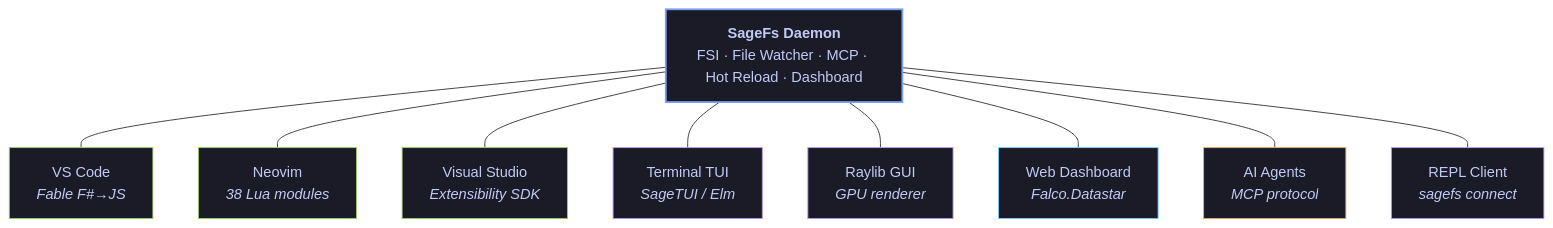
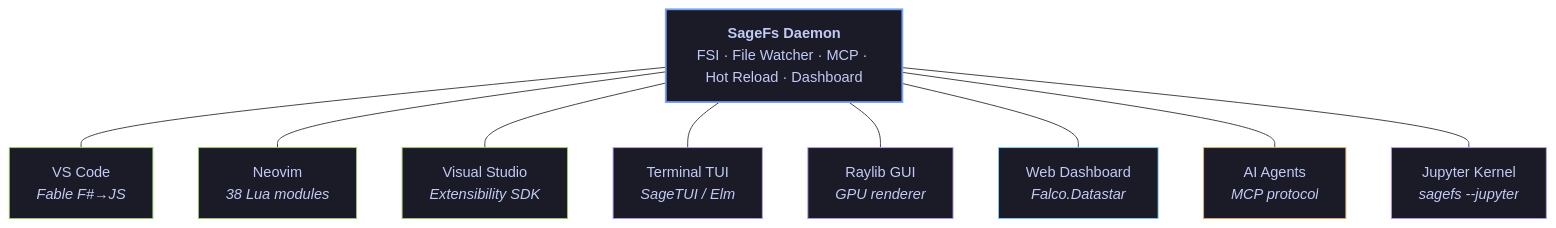
Before and after one commit to WillEhrendreich/SageFs: the first of 2 diagrams in Readme.md, drawn with Mermaid. The commit also changed other lines of this file and 12 other files, not shown here.

````diff
--- a/Readme.md
+++ b/Readme.md
@@ -160,23 +160,23 @@
 ```mermaid
 graph TB
     D["<b>SageFs Daemon</b><br/>FSI · File Watcher · MCP · Hot Reload · Dashboard"]
 
     D --- VS["VS Code<br/><i>Fable F#→JS</i>"]
     D --- NV["Neovim<br/><i>38 Lua modules</i>"]
     D --- VI["Visual Studio<br/><i>Extensibility SDK</i>"]
     D --- TU["Terminal TUI<br/><i>SageTUI / Elm</i>"]
     D --- GU["Raylib GUI<br/><i>GPU renderer</i>"]
     D --- WB["Web Dashboard<br/><i>Falco.Datastar</i>"]
     D --- AI["AI Agents<br/><i>MCP protocol</i>"]
-    D --- RP["REPL Client<br/><i>sagefs connect</i>"]
+    D --- JP["Jupyter Kernel<br/><i>sagefs --jupyter</i>"]
 
     style D fill:#1a1b26,stroke:#7aa2f7,stroke-width:2px,color:#c0caf5
     style VS fill:#1a1b26,stroke:#9ece6a,color:#c0caf5
     style NV fill:#1a1b26,stroke:#9ece6a,color:#c0caf5
     style VI fill:#1a1b26,stroke:#9ece6a,color:#c0caf5
     style TU fill:#1a1b26,stroke:#bb9af7,color:#c0caf5
     style GU fill:#1a1b26,stroke:#bb9af7,color:#c0caf5
     style WB fill:#1a1b26,stroke:#7dcfff,color:#c0caf5
     style AI fill:#1a1b26,stroke:#e0af68,color:#c0caf5
-    style RP fill:#1a1b26,stroke:#bb9af7,color:#c0caf5
+    style JP fill:#1a1b26,stroke:#bb9af7,color:#c0caf5
 ```
````
